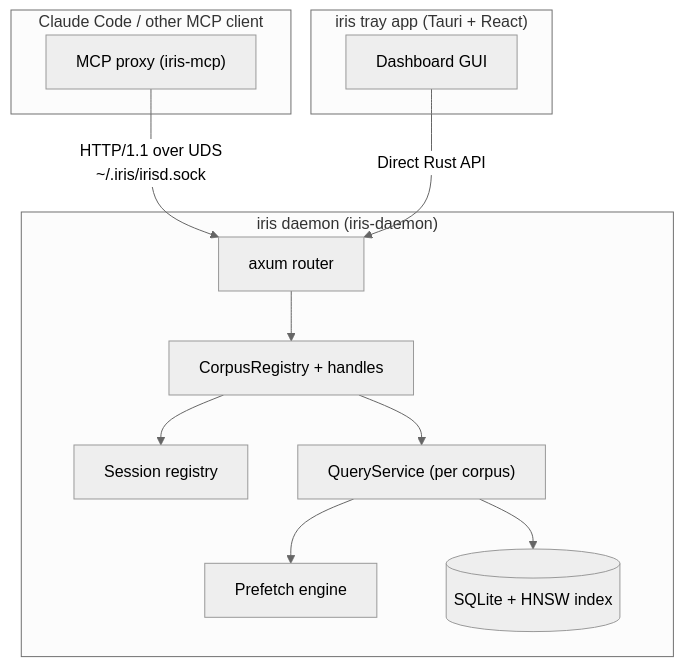
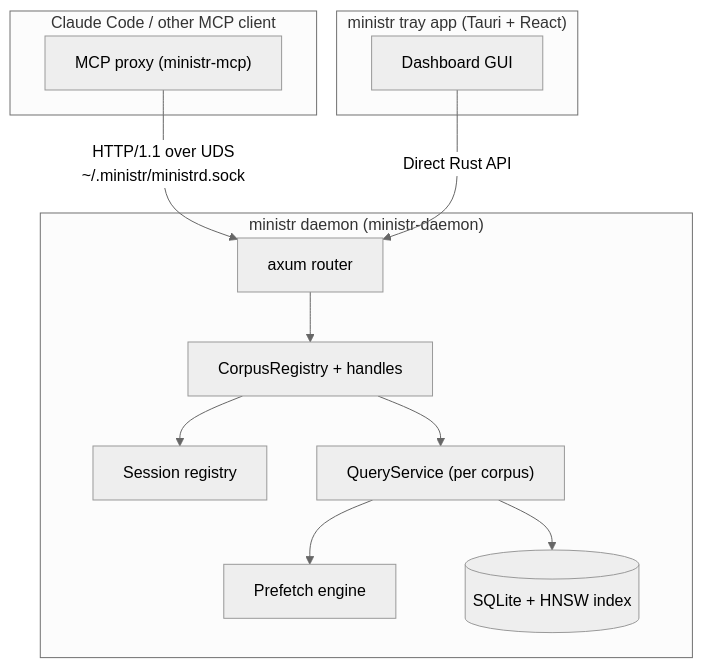
Before and after one commit to OlsonSoftware/ministr: the diagram in docs-next/content/docs/architecture-daemon.mdx, drawn with Mermaid (neutral theme). The commit also changed other lines of this file and 572 other files, not shown here.

First line of the commit message:
chore: rebrand iris → ministr across entire codebase

````diff
--- a/docs-next/content/docs/architecture-daemon.mdx
+++ b/docs-next/content/docs/architecture-daemon.mdx
@@ -8,28 +8,28 @@
 ```mermaid
 flowchart TB
   subgraph client["Claude Code / other MCP client"]
-    proxy["MCP proxy (iris-mcp)"]
+    proxy["MCP proxy (ministr-mcp)"]
   end
 
-  subgraph tray["iris tray app (Tauri + React)"]
+  subgraph tray["ministr tray app (Tauri + React)"]
     dashboard["Dashboard GUI"]
   end
 
-  subgraph daemon["iris daemon (iris-daemon)"]
+  subgraph daemon["ministr daemon (ministr-daemon)"]
     router["axum router"]
     registry["CorpusRegistry + handles"]
     sessions["Session registry"]
     query["QueryService (per corpus)"]
     prefetch["Prefetch engine"]
     storage[("SQLite + HNSW index")]
 
     router --> registry
     registry --> query
     registry --> sessions
     query --> storage
     query --> prefetch
   end
 
-  proxy -->|"HTTP/1.1 over UDS<br/>~/.iris/irisd.sock"| router
+  proxy -->|"HTTP/1.1 over UDS<br/>~/.ministr/ministrd.sock"| router
   dashboard -->|"Direct Rust API"| router
 ```
````
